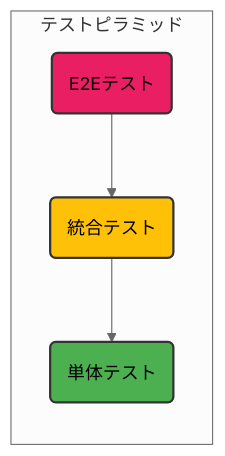
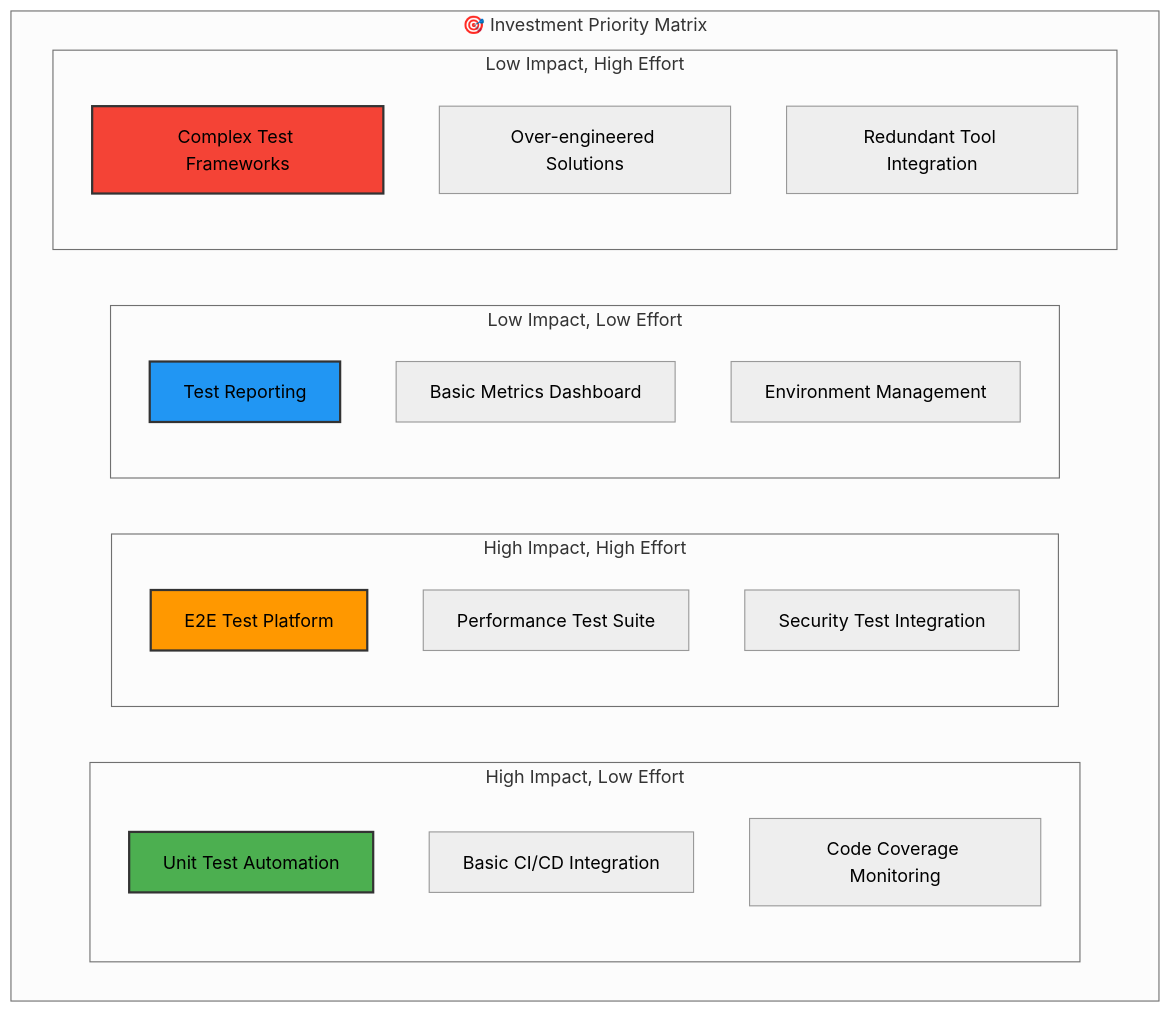
Before and after one commit to YU-Kawasaki-05/develop-materials: the fourth of 5 diagrams in learning/02_Development_Environment/023_Test_Debug/0232_Unit_Integration_Test.md, drawn with Mermaid (neutral theme). The commit also changed other lines of this file, not shown here.

````diff
--- a/learning/02_Development_Environment/023_Test_Debug/0232_Unit_Integration_Test.md
+++ b/learning/02_Development_Environment/023_Test_Debug/0232_Unit_Integration_Test.md
@@ -25,11 +828,33 @@
 ```mermaid
-graph TD
-    subgraph テストピラミッド
-        direction TB
-        E2E(E2Eテスト) --> Integration(統合テスト)
-        Integration --> Unit(単体テスト)
+graph TB
+    subgraph "🎯 Investment Priority Matrix"
+        subgraph "High Impact, Low Effort"
+            A1[Unit Test Automation]
+            A2[Basic CI/CD Integration]
+            A3[Code Coverage Monitoring]
+        end
+        
+        subgraph "High Impact, High Effort"
+            B1[E2E Test Platform]
+            B2[Performance Test Suite]
+            B3[Security Test Integration]
+        end
+        
+        subgraph "Low Impact, Low Effort"
+            C1[Test Reporting]
+            C2[Basic Metrics Dashboard]
+            C3[Environment Management]
+        end
+        
+        subgraph "Low Impact, High Effort"
+            D1[Complex Test Frameworks]
+            D2[Over-engineered Solutions]
+            D3[Redundant Tool Integration]
+        end
     end
-    style E2E fill:#E91E63,stroke:#333,stroke-width:2px
-    style Integration fill:#FFC107,stroke:#333,stroke-width:2px
-    style Unit fill:#4CAF50,stroke:#333,stroke-width:2px
+    
+    style A1 fill:#4CAF50,stroke:#333,stroke-width:2px
+    style B1 fill:#FF9800,stroke:#333,stroke-width:2px
+    style C1 fill:#2196F3,stroke:#333,stroke-width:2px
+    style D1 fill:#F44336,stroke:#333,stroke-width:2px
 ```
````
